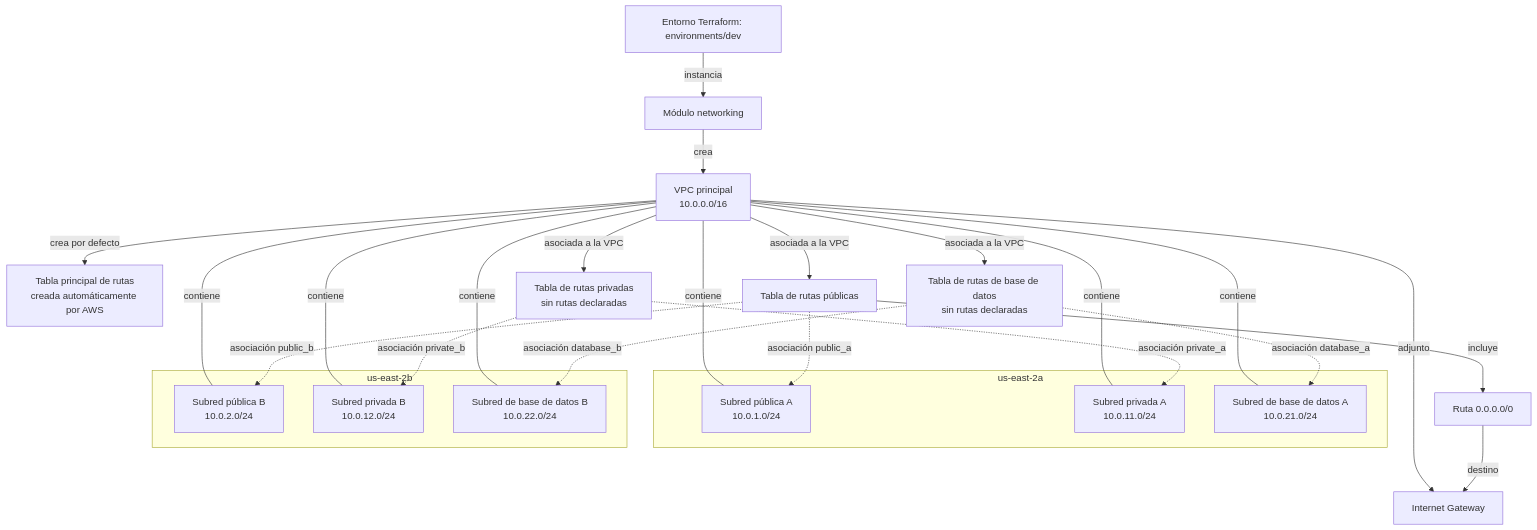
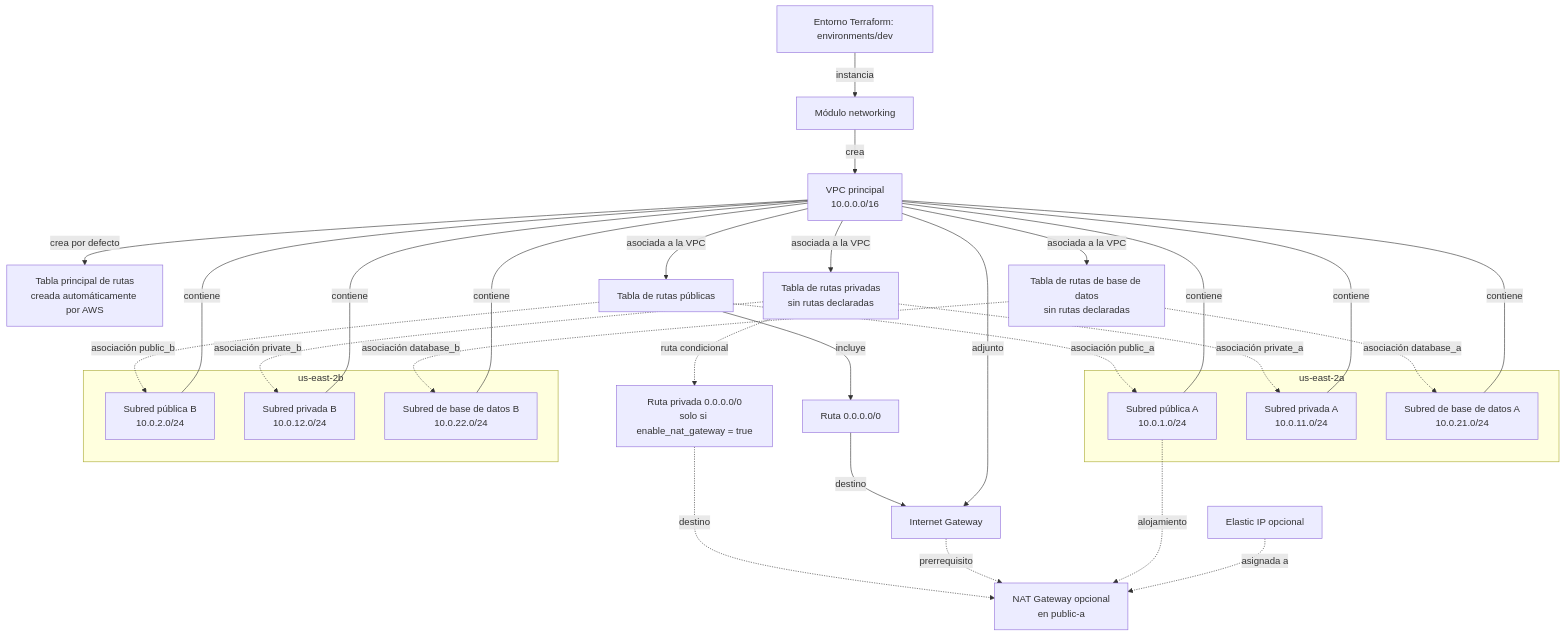
The second of 2 diagrams in doc/README.md (STRADIVARIUS590/AWS-Infrastructure-Platform), drawn with Mermaid before and after one commit. The commit also changed other lines of this file, not shown here.

````diff
--- a/doc/README.md
+++ b/doc/README.md
@@ -51,46 +56,54 @@
 ```mermaid
 flowchart TB
     Dev["Entorno Terraform: environments/dev"]
     Module["Módulo networking"]
     VPC["VPC principal<br/>10.0.0.0/16"]
     IGW["Internet Gateway"]
     MainRT["Tabla principal de rutas<br/>creada automáticamente por AWS"]
     PublicRT["Tabla de rutas públicas"]
     PrivateRT["Tabla de rutas privadas<br/>sin rutas declaradas"]
     DatabaseRT["Tabla de rutas de base de datos<br/>sin rutas declaradas"]
     DefaultRoute["Ruta 0.0.0.0/0"]
+    NatRoute["Ruta privada 0.0.0.0/0<br/>solo si enable_nat_gateway = true"]
+    NatGW["NAT Gateway opcional<br/>en public-a"]
+    NatEIP["Elastic IP opcional"]
 
     subgraph AZA["us-east-2a"]
         PubA["Subred pública A<br/>10.0.1.0/24"]
         PrivA["Subred privada A<br/>10.0.11.0/24"]
         DBA["Subred de base de datos A<br/>10.0.21.0/24"]
     end
 
     subgraph AZB["us-east-2b"]
         PubB["Subred pública B<br/>10.0.2.0/24"]
         PrivB["Subred privada B<br/>10.0.12.0/24"]
         DBB["Subred de base de datos B<br/>10.0.22.0/24"]
     end
 
     Dev -->|"instancia"| Module
     Module -->|"crea"| VPC
     VPC ---|"contiene"| PubA
     VPC ---|"contiene"| PubB
     VPC ---|"contiene"| PrivA
     VPC ---|"contiene"| PrivB
     VPC ---|"contiene"| DBA
     VPC ---|"contiene"| DBB
     VPC -->|"adjunto"| IGW
     VPC -->|"crea por defecto"| MainRT
     VPC -->|"asociada a la VPC"| PublicRT
     VPC -->|"asociada a la VPC"| PrivateRT
     VPC -->|"asociada a la VPC"| DatabaseRT
     PublicRT -->|"incluye"| DefaultRoute
     DefaultRoute -->|"destino"| IGW
     PublicRT -.->|"asociación public_a"| PubA
     PublicRT -.->|"asociación public_b"| PubB
     PrivateRT -.->|"asociación private_a"| PrivA
     PrivateRT -.->|"asociación private_b"| PrivB
     DatabaseRT -.->|"asociación database_a"| DBA
     DatabaseRT -.->|"asociación database_b"| DBB
+    NatEIP -.->|"asignada a"| NatGW
+    PubA -.->|"alojamiento"| NatGW
+    IGW -.->|"prerrequisito"| NatGW
+    PrivateRT -.->|"ruta condicional"| NatRoute
+    NatRoute -.->|"destino"| NatGW
 ```
````
